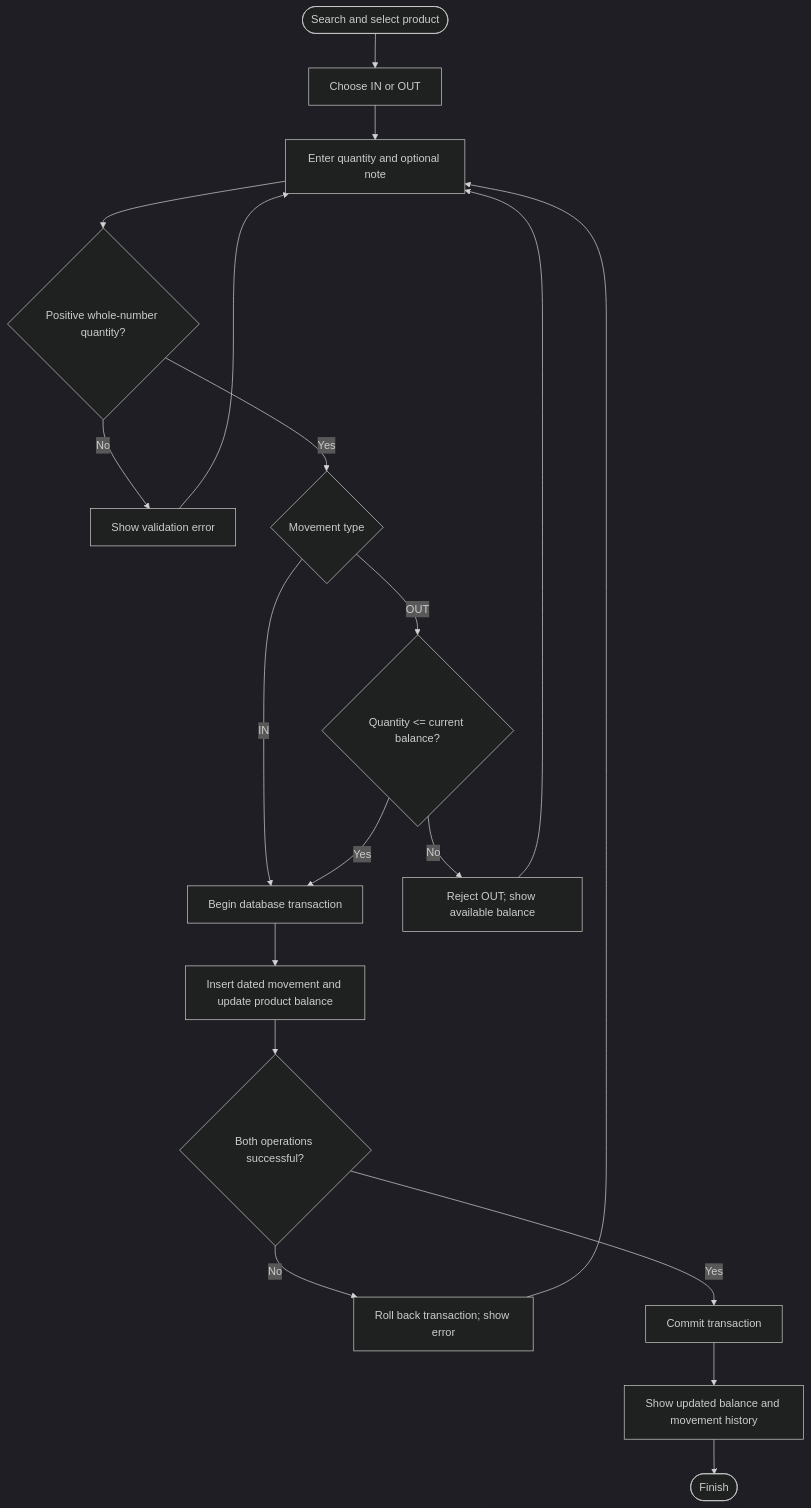
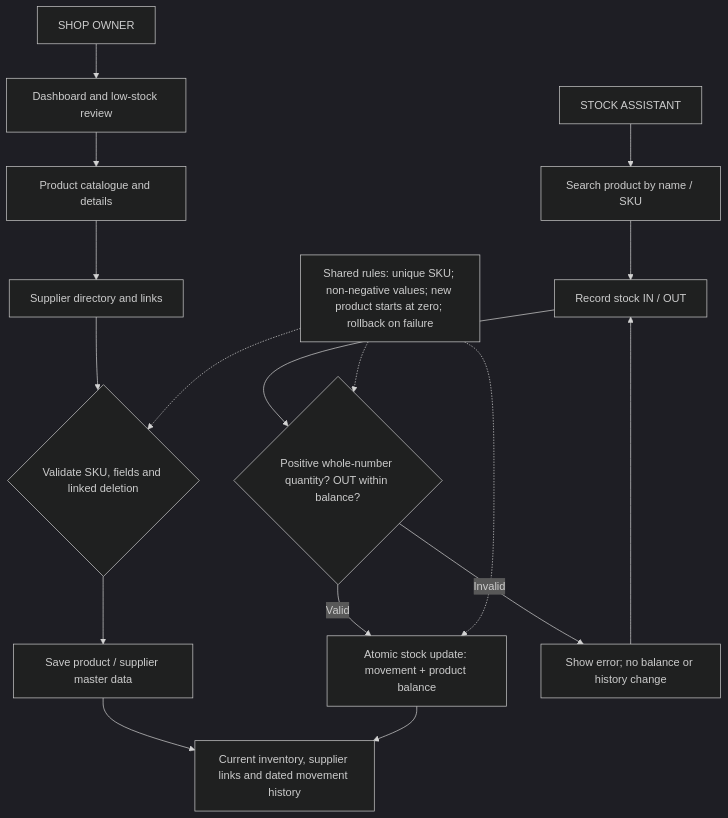
Before and after one commit to harsh-patel1408/StockWise-Inventory-Management-System: the diagram in docs/SPRINT2_EDITABLE_DIAGRAMS.md, drawn with Mermaid (dark theme). The commit also changed other lines of this file, not shown here.

Commit message:
design: consolidate Mermaid source to one integrated diagram

````diff
--- a/docs/SPRINT2_EDITABLE_DIAGRAMS.md
+++ b/docs/SPRINT2_EDITABLE_DIAGRAMS.md
@@ -55,18 +5,22 @@
 ```mermaid
 flowchart TD
-  A([Search and select product]) --> B["Choose IN or OUT"]
-  B --> C["Enter quantity and optional note"]
-  C --> D{"Positive whole-number quantity?"}
-  D -- No --> E["Show validation error"] --> C
-  D -- Yes --> F{"Movement type"}
-  F -- IN --> I["Begin database transaction"]
-  F -- OUT --> G{"Quantity <= current balance?"}
-  G -- No --> H["Reject OUT; show available balance"] --> C
-  G -- Yes --> I
-  I --> K["Insert dated movement and update product balance"]
-  K --> L{"Both operations successful?"}
-  L -- No --> M["Roll back transaction; show error"] --> C
-  L -- Yes --> N["Commit transaction"]
-  N --> O["Show updated balance and movement history"]
-  O --> P([Finish])
+  O["SHOP OWNER"] --> D["Dashboard and low-stock review"]
+  D --> P["Product catalogue and details"]
+  P --> S["Supplier directory and links"]
+  S --> MV{"Validate SKU, fields and linked deletion"}
+  MV --> Save["Save product / supplier master data"]
+
+  A["STOCK ASSISTANT"] --> Search["Search product by name / SKU"]
+  Search --> M["Record stock IN / OUT"]
+  M --> Q{"Positive whole-number quantity? OUT within balance?"}
+  Q -->|"Valid"| Atomic["Atomic stock update: movement + product balance"]
+  Q -->|"Invalid"| Err["Show error; no balance or history change"]
+  Err --> M
+
+  Save --> Result["Current inventory, supplier links and dated movement history"]
+  Atomic --> Result
+
+  Rules["Shared rules: unique SKU; non-negative values; new product starts at zero; rollback on failure"] -.-> MV
+  Rules -.-> Q
+  Rules -.-> Atomic
 ```
````
